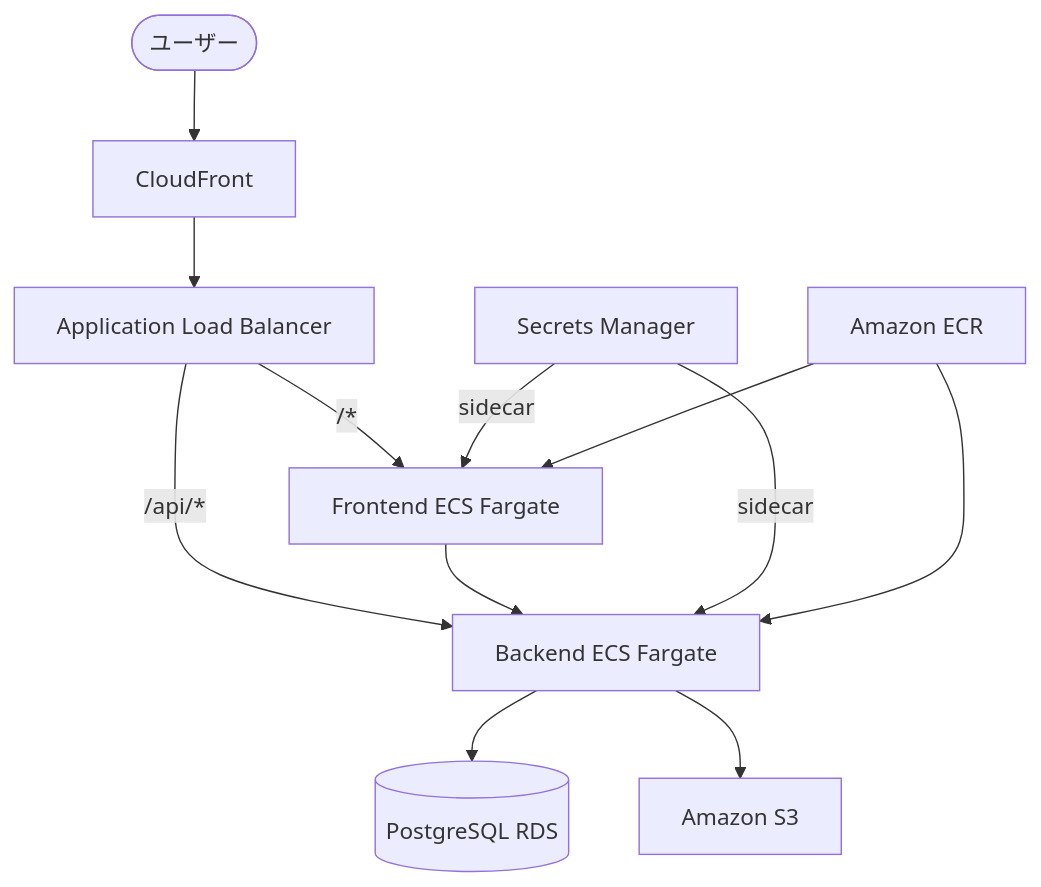
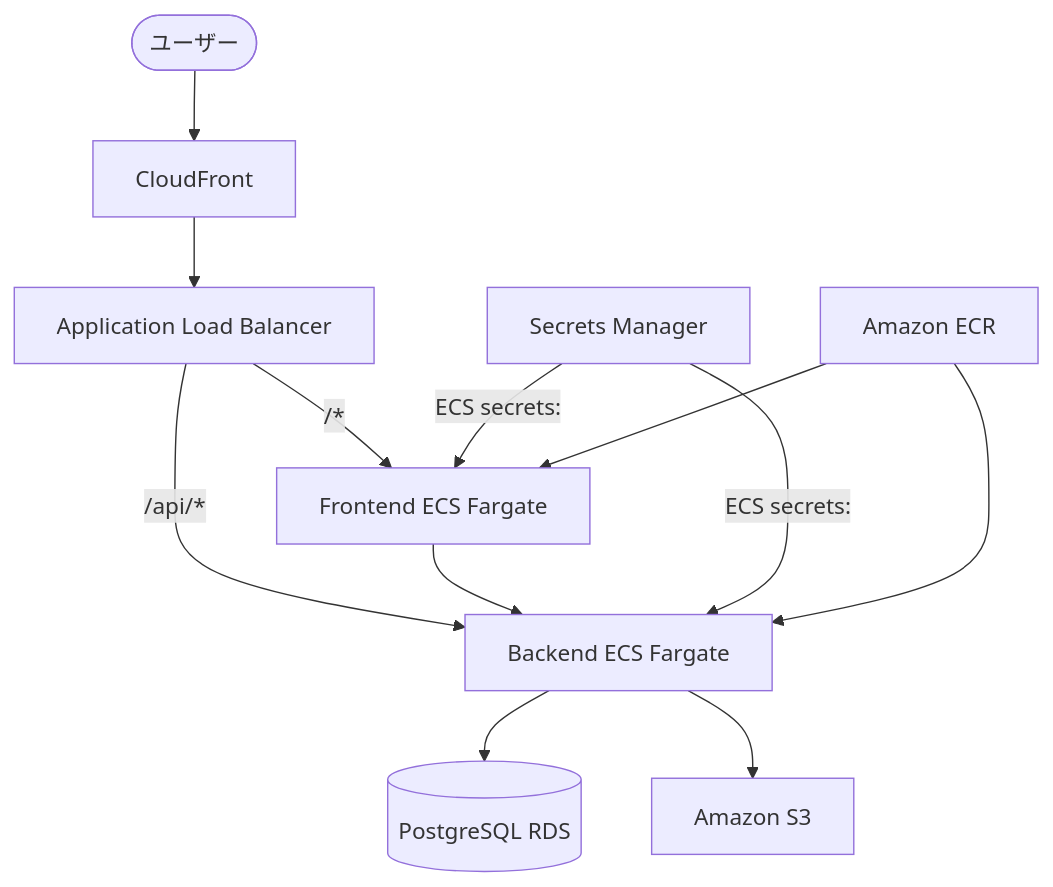
The first of 2 diagrams in docs/architecture/overview.md (jun-eg/credit-checker), drawn with Mermaid before and after one commit. The commit also changed other lines of this file and 3 other files, not shown here.

````diff
--- a/docs/architecture/overview.md
+++ b/docs/architecture/overview.md
@@ -5,24 +5,24 @@
 ```mermaid
 graph TB
     User([ユーザー])
     CF[CloudFront]
     ALB[Application Load Balancer]
     FE[Frontend ECS Fargate]
     BE[Backend ECS Fargate]
     RDS[(PostgreSQL RDS)]
     SM[Secrets Manager]
     ECR[Amazon ECR]
     S3[Amazon S3]
 
     User --> CF
     CF --> ALB
     ALB -->|"/*"| FE
     ALB -->|"/api/*"| BE
     FE --> BE
     BE --> RDS
     BE --> S3
-    SM -->|sidecar| FE
-    SM -->|sidecar| BE
+    SM -->|"ECS secrets:"| FE
+    SM -->|"ECS secrets:"| BE
     ECR --> FE
     ECR --> BE
 ```
````
